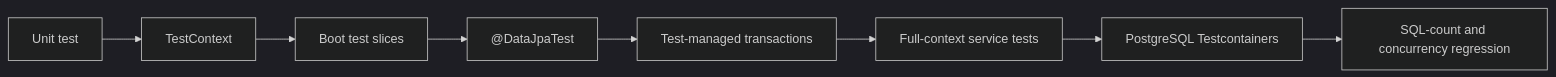
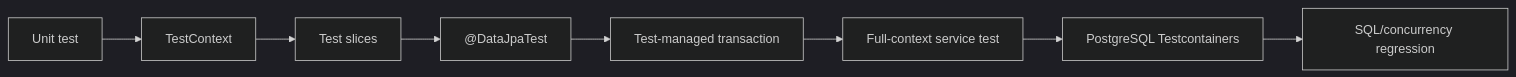
Before and after one commit to alimbetov/obsidian: the diagram in 30_CERTIFICATIONS/Spring/2V0-72.22/Spring Testing Roadmap.md, drawn with Mermaid (dark theme). The commit also changed other lines of this file, not shown here.

````diff
--- a/30_CERTIFICATIONS/Spring/2V0-72.22/Spring Testing Roadmap.md
+++ b/30_CERTIFICATIONS/Spring/2V0-72.22/Spring Testing Roadmap.md
@@ -30,10 +40,10 @@
 ```mermaid
 flowchart LR
-    U[Unit test] --> TC[TestContext]
-    TC --> SL[Boot test slices]
+    U["Unit test"] --> TC["TestContext"]
+    TC --> SL["Test slices"]
     SL --> JPA["@DataJpaTest"]
-    JPA --> TX[Test-managed transactions]
-    TX --> FC[Full-context service tests]
-    FC --> DB[PostgreSQL Testcontainers]
-    DB --> PERF[SQL-count and concurrency regression]
+    JPA --> TX["Test-managed transaction"]
+    TX --> FC["Full-context service test"]
+    FC --> DB["PostgreSQL Testcontainers"]
+    DB --> PERF["SQL/concurrency regression"]
 ```
````
